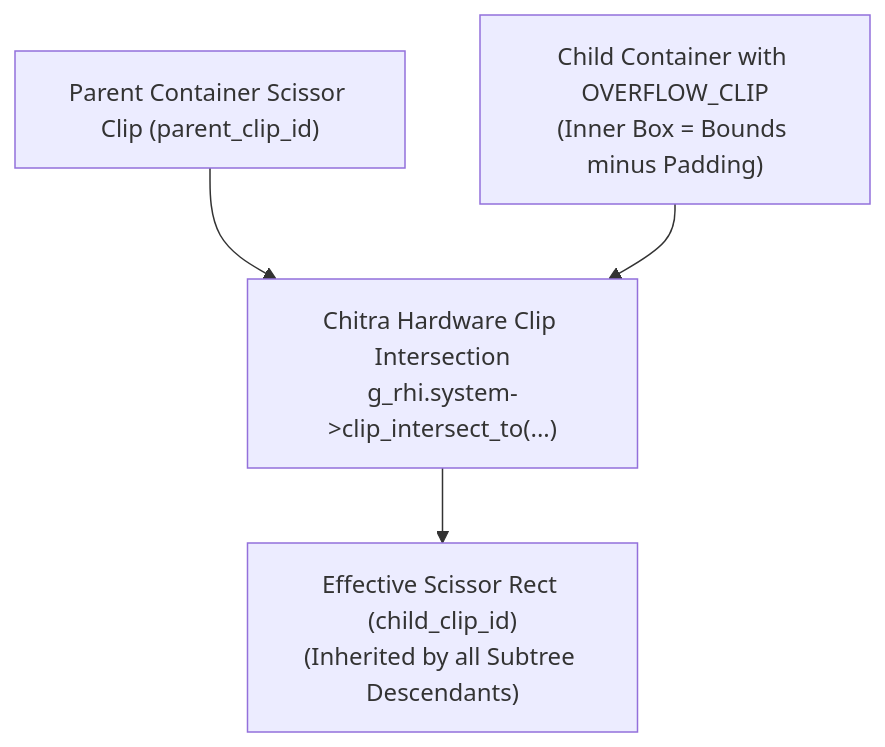
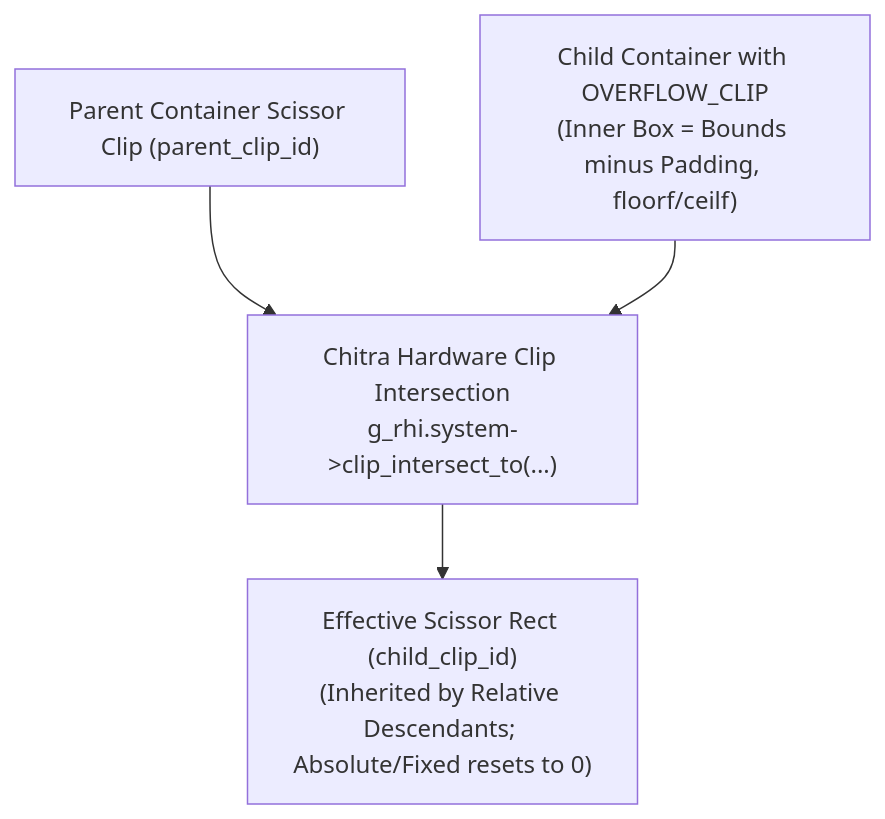
One commit to Yuvi-GD/Tether changed the third of 4 diagrams in docs/technical/08_chitra_rendering.md. Above: the diagram before and after it, drawn with Mermaid. The commit also changed other lines of this file and 24 other files, not shown here.

Commit message:
docs: align technical docs with v0.0.3-preview and clarify presentation roadmap

````diff
--- a/docs/technical/08_chitra_rendering.md
+++ b/docs/technical/08_chitra_rendering.md
@@ -212,11 +207,11 @@
 ```mermaid
 flowchart TD
     ParentClip["Parent Container Scissor Clip (parent_clip_id)"]
-    ChildContainer["Child Container with OVERFLOW_CLIP\n(Inner Box = Bounds minus Padding)"]
+    ChildContainer["Child Container with OVERFLOW_CLIP\n(Inner Box = Bounds minus Padding, floorf/ceilf)"]
     HardwareIntersect["Chitra Hardware Clip Intersection\ng_rhi.system->clip_intersect_to(...)"]
-    FinalClip["Effective Scissor Rect (child_clip_id)\n(Inherited by all Subtree Descendants)"]
+    FinalClip["Effective Scissor Rect (child_clip_id)\n(Inherited by Relative Descendants; Absolute/Fixed resets to 0)"]
 
     ParentClip --> HardwareIntersect
     ChildContainer --> HardwareIntersect
     HardwareIntersect --> FinalClip
 ```
````
